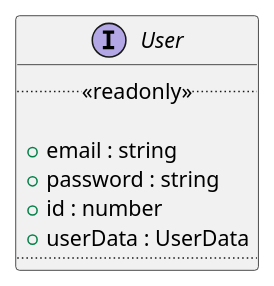
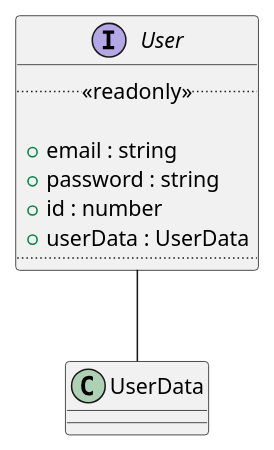
One commit to GruppOne/stalker-web-app changed the diagram in docs/diagrams/interfaces/User/User.pu. Above: the diagram before and after it, drawn with PlantUML. The commit also changed 12 other files, not shown here.

Commit message:
feat: include all diagrams into class-diagram and design relations

```diff
--- a/docs/diagrams/interfaces/User/User.pu
+++ b/docs/diagrams/interfaces/User/User.pu
@@ -1,11 +1,13 @@
 @startuml User Diagram
 interface User {
   ..<<readonly>>..
 
   + email : string
   + password : string
   + id : number
   + userData : UserData
   ....
 }
+
+User -- UserData
 @enduml
```
